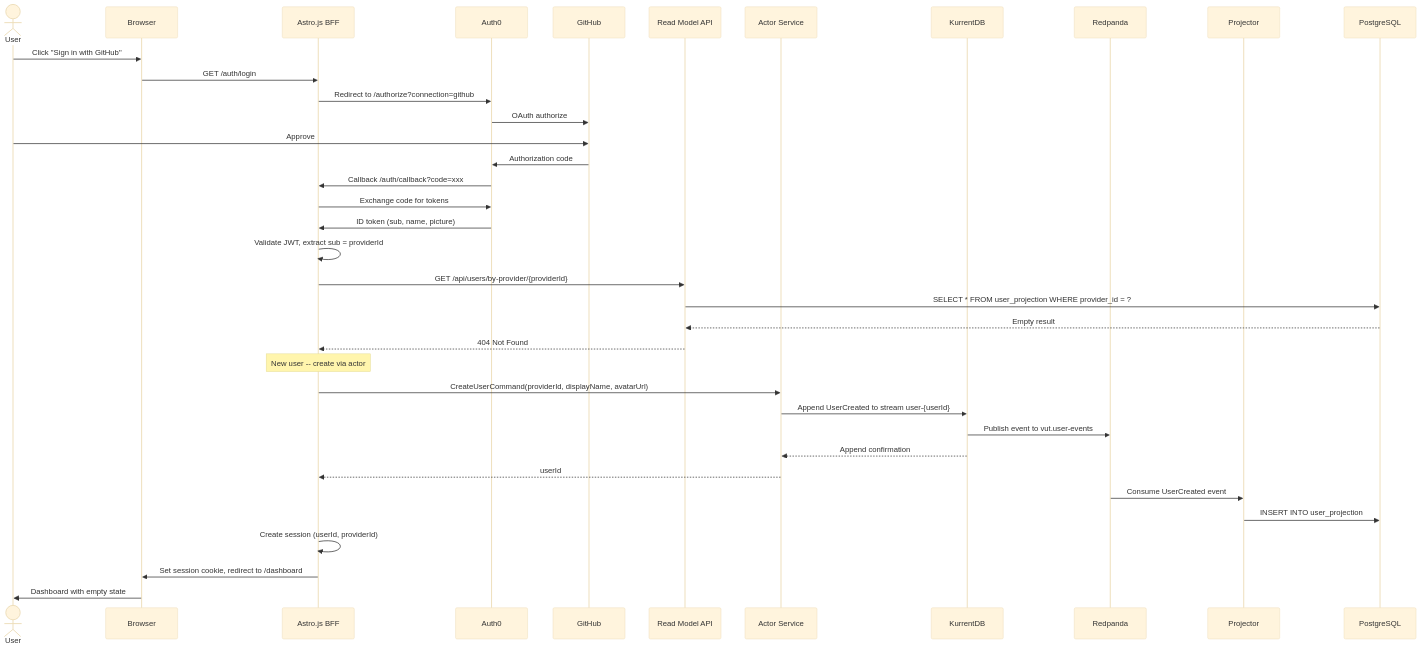
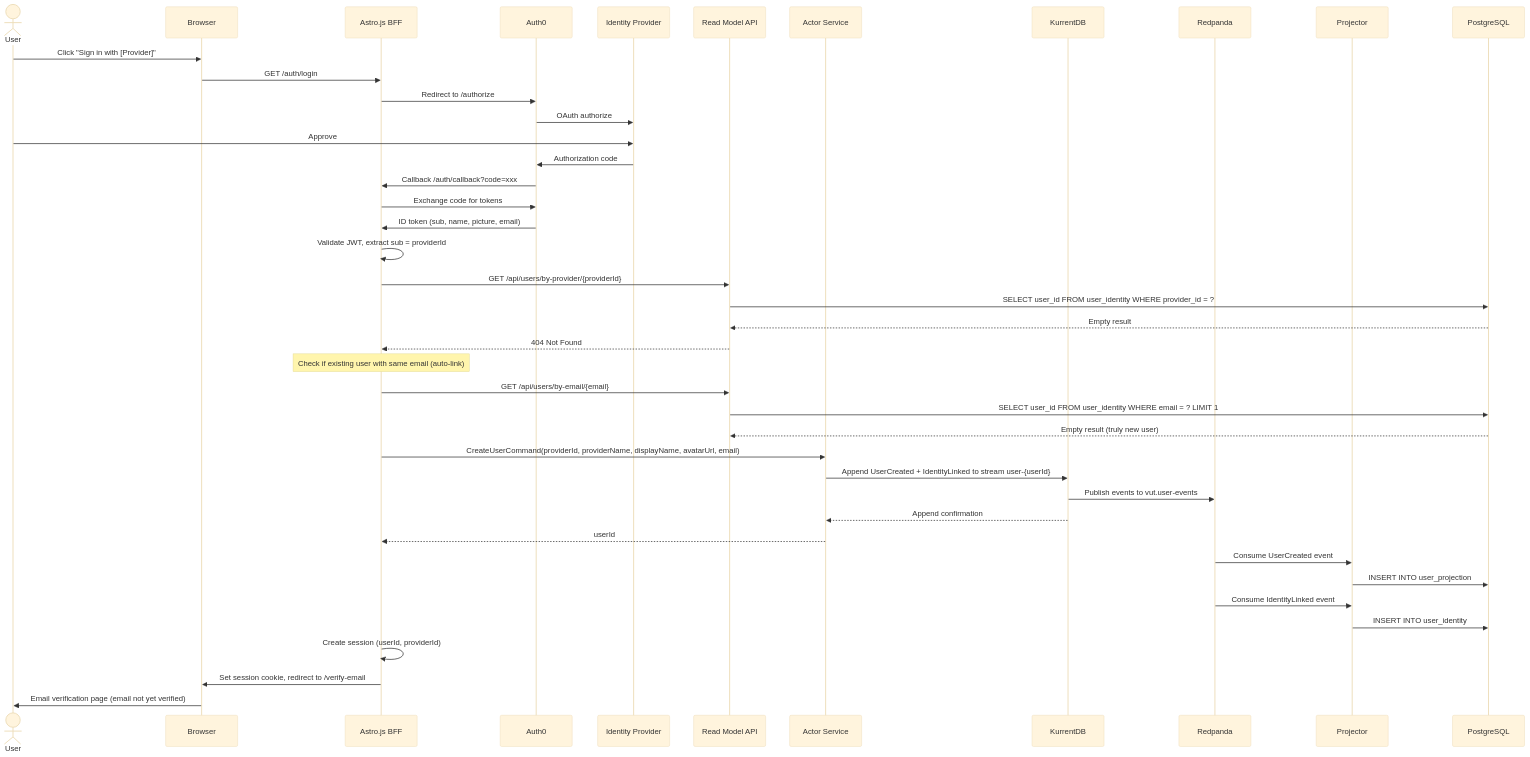
Before and after one commit to lekhasy/Vut: the seventh of 15 diagrams in epics/01-epic-first-signin-org/architecture/architecture.md, drawn with Mermaid (base theme). The commit also changed other lines of this file and 13 other files, not shown here.

Commit message:
Add email verification

````diff
--- a/epics/01-epic-first-signin-org/architecture/architecture.md
+++ b/epics/01-epic-first-signin-org/architecture/architecture.md
@@ -636,44 +689,50 @@
 ```mermaid
 sequenceDiagram
     actor User
     participant Browser
     participant BFF as Astro.js BFF
     participant Auth0
-    participant GitHub
+    participant IdP as Identity Provider
     participant RM as Read Model API
     participant AS as Actor Service
     participant K as KurrentDB
     participant RP as Redpanda
     participant PJ as Projector
     participant PG as PostgreSQL
 
-    User->>Browser: Click "Sign in with GitHub"
+    User->>Browser: Click "Sign in with [Provider]"
     Browser->>BFF: GET /auth/login
-    BFF->>Auth0: Redirect to /authorize?connection=github
-    Auth0->>GitHub: OAuth authorize
-    User->>GitHub: Approve
-    GitHub->>Auth0: Authorization code
+    BFF->>Auth0: Redirect to /authorize
+    Auth0->>IdP: OAuth authorize
+    User->>IdP: Approve
+    IdP->>Auth0: Authorization code
     Auth0->>BFF: Callback /auth/callback?code=xxx
     BFF->>Auth0: Exchange code for tokens
-    Auth0->>BFF: ID token (sub, name, picture)
+    Auth0->>BFF: ID token (sub, name, picture, email)
     BFF->>BFF: Validate JWT, extract sub = providerId
+
     BFF->>RM: GET /api/users/by-provider/{providerId}
-    RM->>PG: SELECT * FROM user_projection WHERE provider_id = ?
+    RM->>PG: SELECT user_id FROM user_identity WHERE provider_id = ?
     PG-->>RM: Empty result
     RM-->>BFF: 404 Not Found
 
-    Note over BFF: New user -- create via actor
+    Note over BFF: Check if existing user with same email (auto-link)
+    BFF->>RM: GET /api/users/by-email/{email}
+    RM->>PG: SELECT user_id FROM user_identity WHERE email = ? LIMIT 1
+    PG-->>RM: Empty result (truly new user)
 
-    BFF->>AS: CreateUserCommand(providerId, displayName, avatarUrl)
-    AS->>K: Append UserCreated to stream user-{userId}
-    K->>RP: Publish event to vut.user-events
+    BFF->>AS: CreateUserCommand(providerId, providerName, displayName, avatarUrl, email)
+    AS->>K: Append UserCreated + IdentityLinked to stream user-{userId}
+    K->>RP: Publish events to vut.user-events
     K-->>AS: Append confirmation
     AS-->>BFF: userId
 
     RP->>PJ: Consume UserCreated event
     PJ->>PG: INSERT INTO user_projection
+    RP->>PJ: Consume IdentityLinked event
+    PJ->>PG: INSERT INTO user_identity
 
     BFF->>BFF: Create session (userId, providerId)
-    BFF->>Browser: Set session cookie, redirect to /dashboard
-    Browser->>User: Dashboard with empty state
+    BFF->>Browser: Set session cookie, redirect to /verify-email
+    Browser->>User: Email verification page (email not yet verified)
 ```
````
